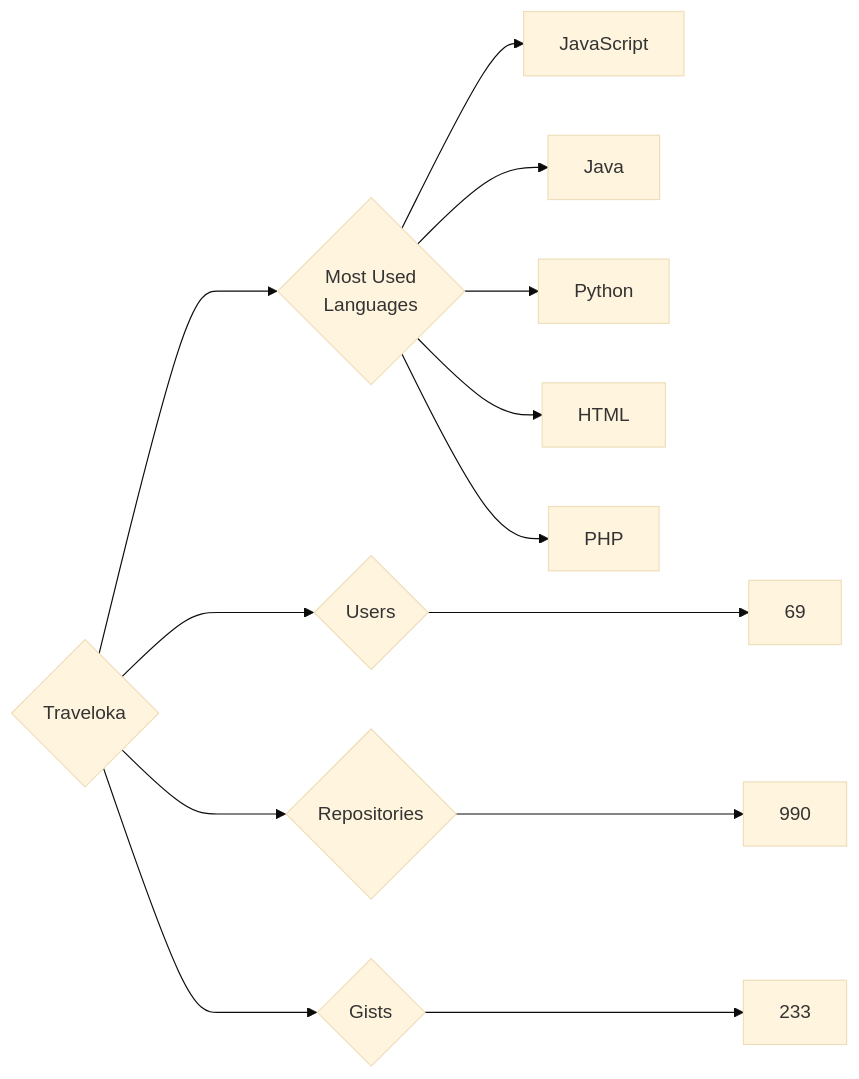
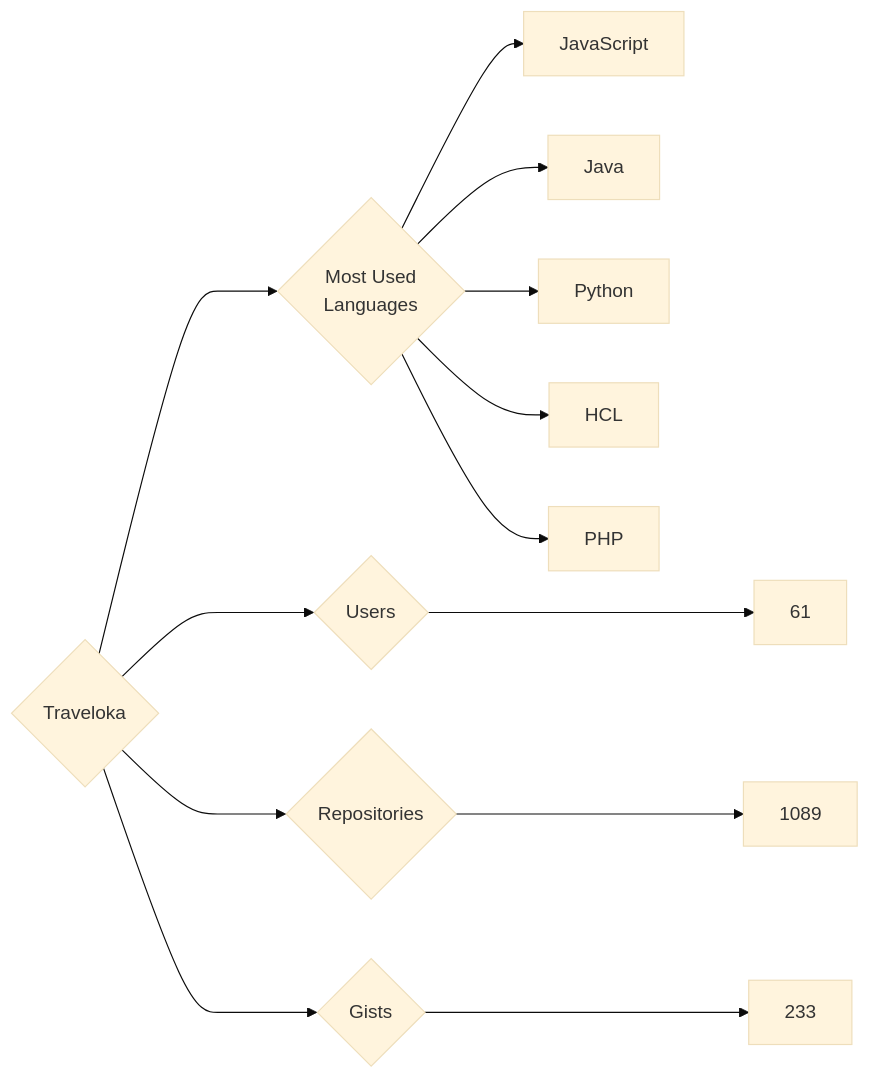
The diagram in targets/Traveloka/README.md (trickest/insiders), drawn with Mermaid (base theme) before and after one commit. The commit also changed 725 other files, not shown here.

````diff
--- a/targets/Traveloka/README.md
+++ b/targets/Traveloka/README.md
@@ -3,13 +3,13 @@
 ```mermaid
 graph LR
 COMPANY_NAME{Traveloka}
-COMPANY_NAME ---> U{Users} ---> UN[69]
-COMPANY_NAME ---> R{Repositories} ---> RN[990]
+COMPANY_NAME ---> U{Users} ---> UN[61]
+COMPANY_NAME ---> R{Repositories} ---> RN[1089]
 COMPANY_NAME ---> G{Gists} ---> GN[233]
 COMPANY_NAME ---> ML{Most Used<br>Languages}
 ML --> JavaScript[JavaScript]
 ML --> Java[Java]
 ML --> Python[Python]
-ML --> HTML[HTML]
+ML --> HCL[HCL]
 ML --> PHP[PHP]
 ```
````
